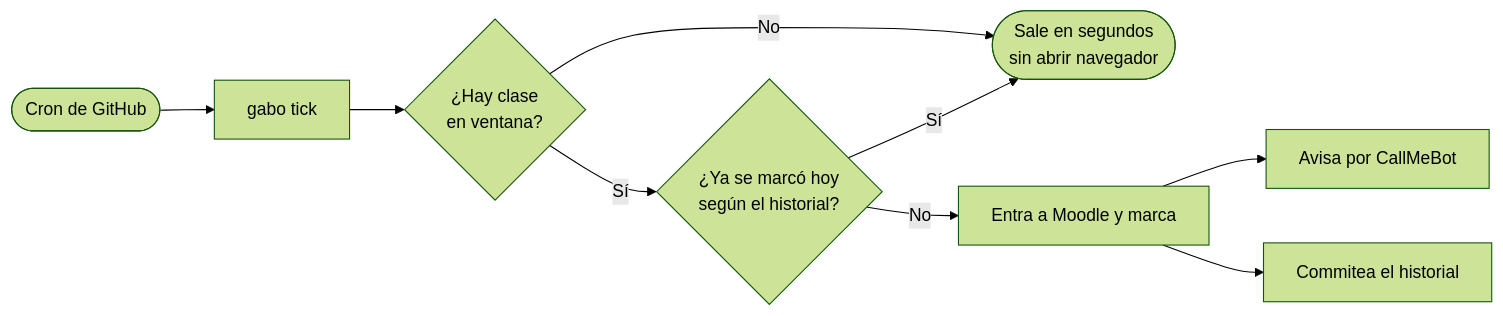
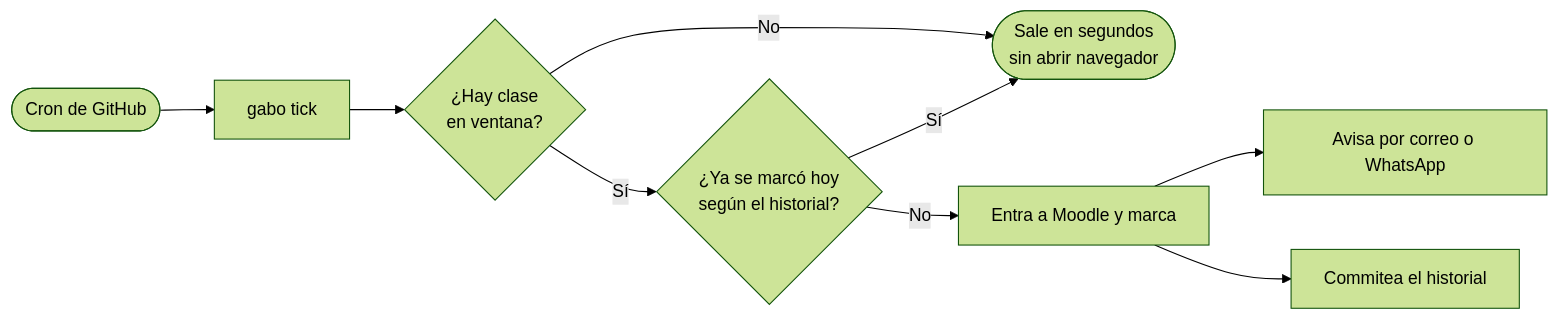
The diagram in docs/github-actions.md (THEGABOALE/Gabos-attendance-assistant), drawn with Mermaid (forest theme) before and after one commit. The commit also changed other lines of this file and 1 other file, not shown here.

````diff
--- a/docs/github-actions.md
+++ b/docs/github-actions.md
@@ -10,11 +10,11 @@
 ```mermaid
 flowchart LR
     A([Cron de GitHub]) --> B[gabo tick]
     B --> C{¿Hay clase<br/>en ventana?}
     C -->|No| D([Sale en segundos<br/>sin abrir navegador])
     C -->|Sí| E{¿Ya se marcó hoy<br/>según el historial?}
     E -->|Sí| D
     E -->|No| F[Entra a Moodle y marca]
-    F --> G[Avisa por CallMeBot]
+    F --> G[Avisa por correo o WhatsApp]
     F --> H[Commitea el historial]
 ```
````
